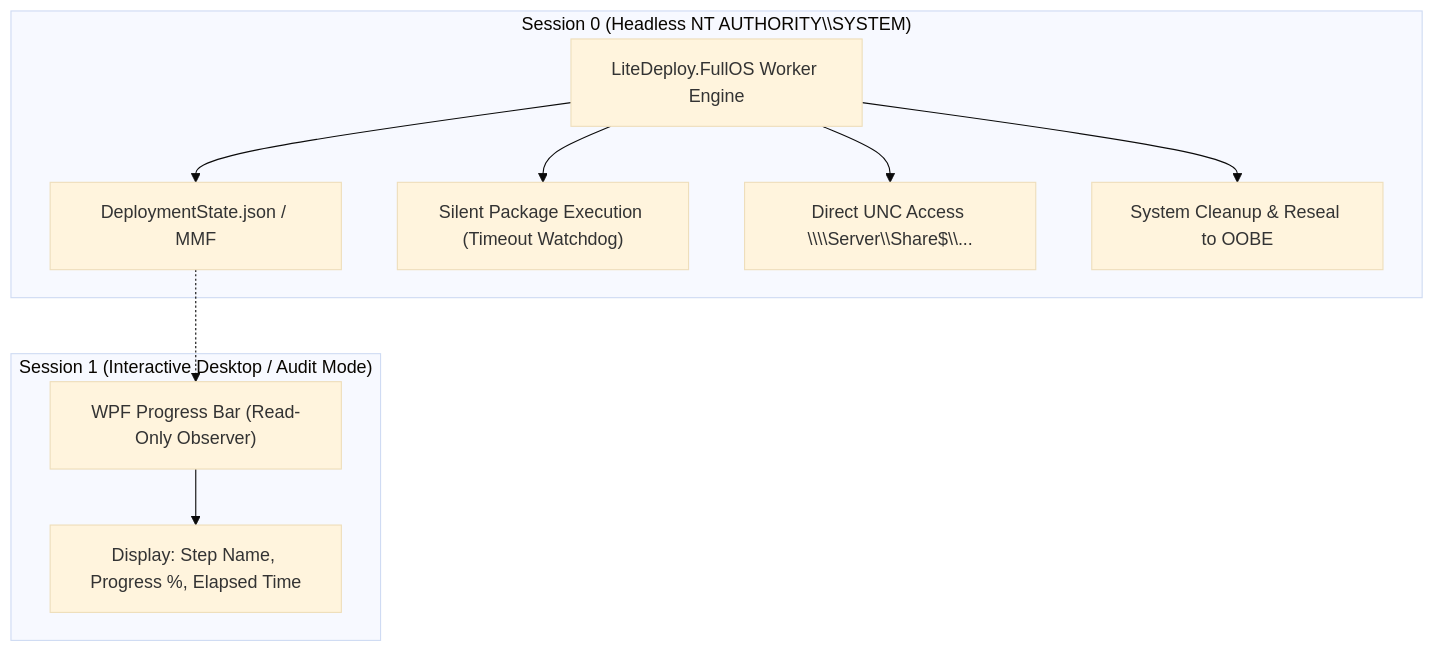
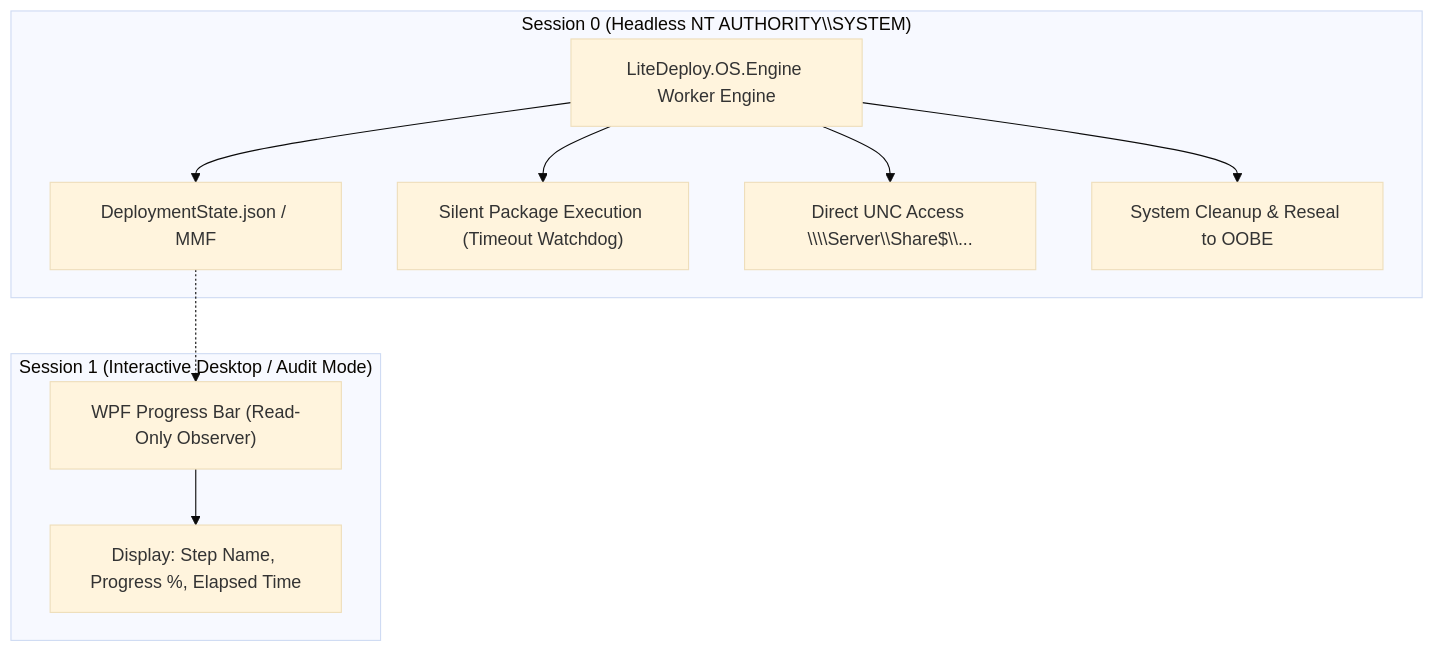
Before and after one commit to cmartineztech/LiteDeploy.Core: the sixth of 6 diagrams in _Docs/planning/IDEAS_FOR_IMPLEMENTATION.md, drawn with Mermaid (base theme). The commit also changed other lines of this file and 15 other files, not shown here.

````diff
--- a/_Docs/planning/IDEAS_FOR_IMPLEMENTATION.md
+++ b/_Docs/planning/IDEAS_FOR_IMPLEMENTATION.md
@@ -345,15 +345,15 @@
 ```mermaid
 flowchart TD
     subgraph Session0["Session 0 (Headless NT AUTHORITY\\SYSTEM)"]
-        Engine["LiteDeploy.FullOS Worker Engine"]
+        Engine["LiteDeploy.OS.Engine Worker Engine"]
         Engine --> StateFile["DeploymentState.json / MMF"]
         Engine --> PkgInst["Silent Package Execution (Timeout Watchdog)"]
         Engine --> NetAccess["Direct UNC Access \\\\Server\\Share$\\..."]
         Engine --> Teardown["System Cleanup & Reseal to OOBE"]
     end
 
     subgraph Session1["Session 1 (Interactive Desktop / Audit Mode)"]
         StateFile -.-> Observer["WPF Progress Bar (Read-Only Observer)"]
         Observer --> Display["Display: Step Name, Progress %, Elapsed Time"]
     end
 ```
````
